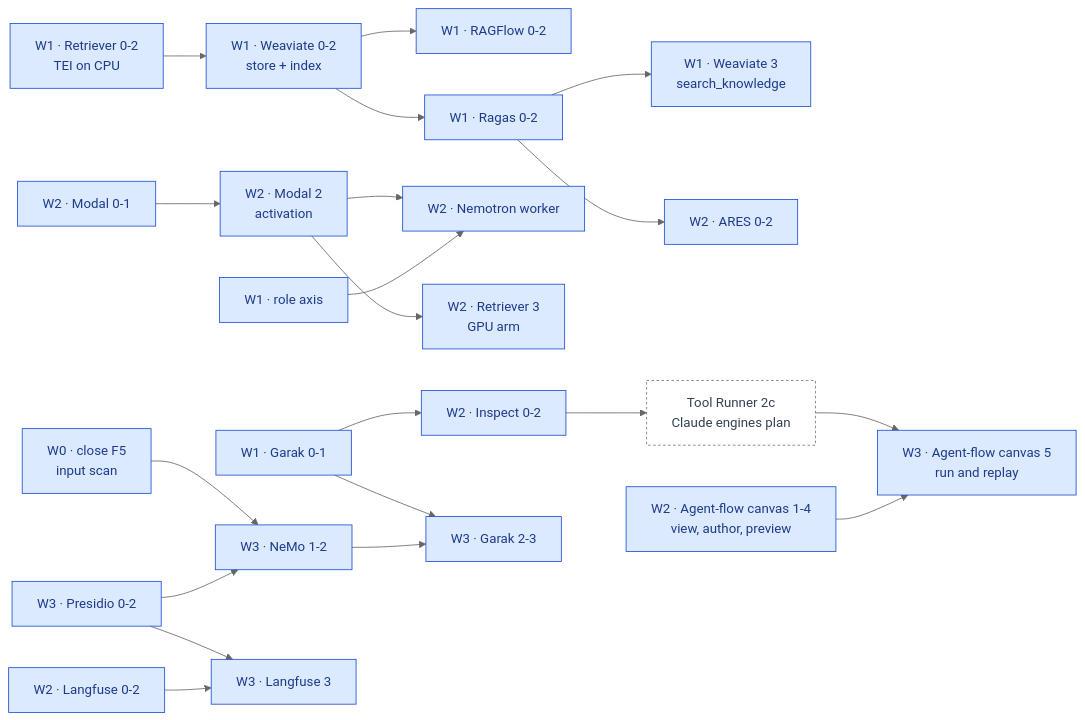
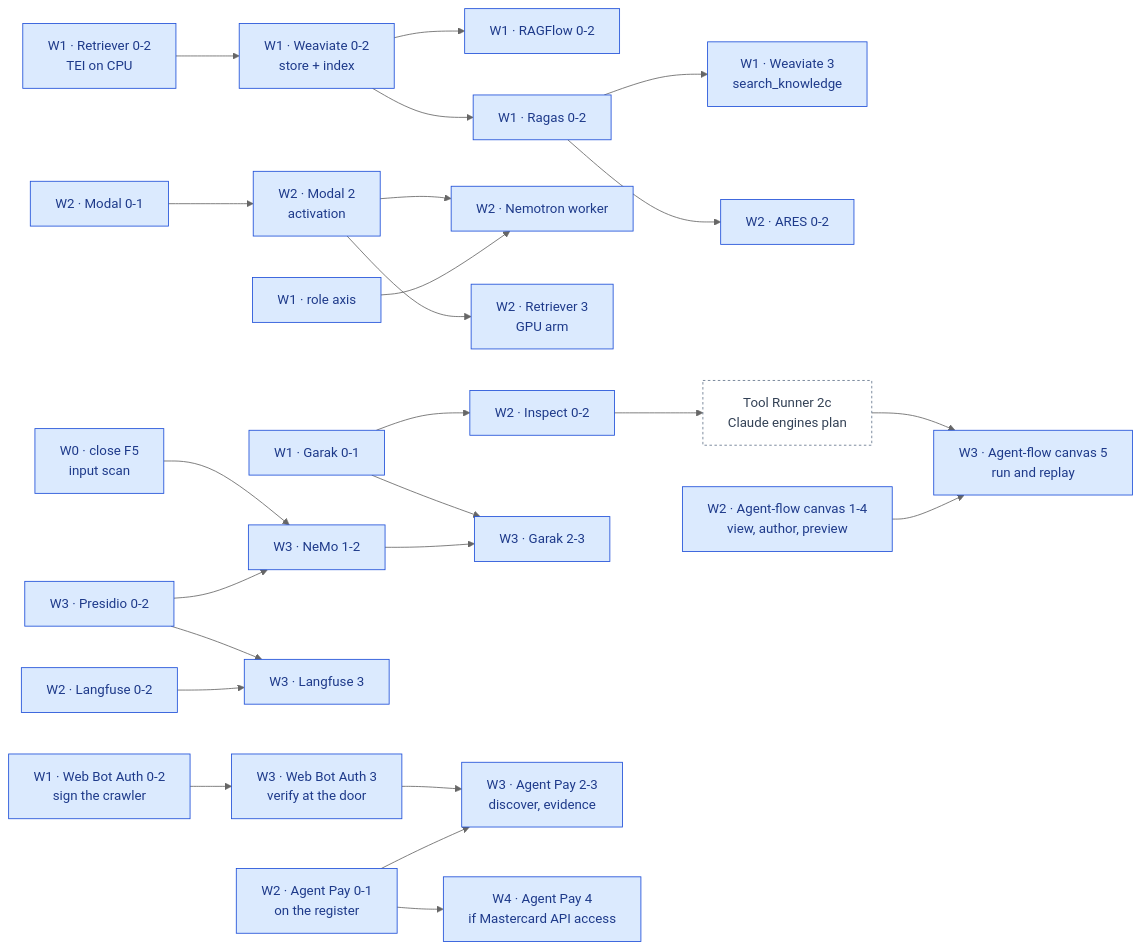
The fourth of 5 diagrams in docs/ai-architecture-roadmap.md (RodnaPamet/inflect-compliance), drawn with Mermaid (neutral theme) before and after one commit. The commit also changed other lines of this file and 4 other files, not shown here.

First line of the commit message:
docs(ai-architecture): add Web Bot Auth and Mastercard Agent Pay to the roadmap (#4617)

````diff
--- a/docs/ai-architecture-roadmap.md
+++ b/docs/ai-architecture-roadmap.md
@@ -464,48 +491,57 @@
 ```mermaid
 flowchart LR
   F5["W0 · close F5<br/>input scan"]:::todo
   RT1["W1 · Retriever 0-2<br/>TEI on CPU"]:::todo
   WV2["W1 · Weaviate 0-2<br/>store + index"]:::todo
   RF2["W1 · RAGFlow 0-2"]:::todo
   RA2["W1 · Ragas 0-2"]:::todo
   WV3["W1 · Weaviate 3<br/>search_knowledge"]:::todo
   AR2["W2 · ARES 0-2"]:::todo
   GA1["W1 · Garak 0-1"]:::todo
   MD1["W2 · Modal 0-1"]:::todo
   MD2["W2 · Modal 2<br/>activation"]:::todo
   RX1["W1 · role axis"]:::todo
   NW2["W2 · Nemotron worker"]:::todo
   RT3["W2 · Retriever 3<br/>GPU arm"]:::todo
   IS2["W2 · Inspect 0-2"]:::todo
   TR2C["Tool Runner 2c<br/>Claude engines plan"]:::ext
   AF1["W2 · Agent-flow canvas 1-4<br/>view, author, preview"]:::todo
   AF4["W3 · Agent-flow canvas 5<br/>run and replay"]:::todo
   LU2["W2 · Langfuse 0-2"]:::todo
   PR2["W3 · Presidio 0-2"]:::todo
   NG2["W3 · NeMo 1-2"]:::todo
   LU3["W3 · Langfuse 3"]:::todo
   GA2["W3 · Garak 2-3"]:::todo
+  WB2["W1 · Web Bot Auth 0-2<br/>sign the crawler"]:::todo
+  WB3["W3 · Web Bot Auth 3<br/>verify at the door"]:::todo
+  AP1["W2 · Agent Pay 0-1<br/>on the register"]:::todo
+  AP3["W3 · Agent Pay 2-3<br/>discover, evidence"]:::todo
+  AP4["W4 · Agent Pay 4<br/>if Mastercard API access"]:::todo
 
   RT1 --> WV2
   WV2 --> RF2
   WV2 --> RA2
   RA2 --> WV3
   RA2 --> AR2
   MD1 --> MD2
   MD2 --> NW2
   MD2 --> RT3
   RX1 --> NW2
   GA1 --> IS2
   IS2 --> TR2C
   TR2C --> AF4
   AF1 --> AF4
   F5 --> NG2
   PR2 --> NG2
   PR2 --> LU3
   LU2 --> LU3
   GA1 --> GA2
   NG2 --> GA2
+  WB2 --> WB3
+  WB3 --> AP3
+  AP1 --> AP3
+  AP1 --> AP4
 
   classDef todo fill:#dbeafe,stroke:#1d4ed8,color:#1e3a8a
   classDef ext fill:#ffffff,stroke:#64748b,color:#334155,stroke-dasharray:3 3
 ```
````
